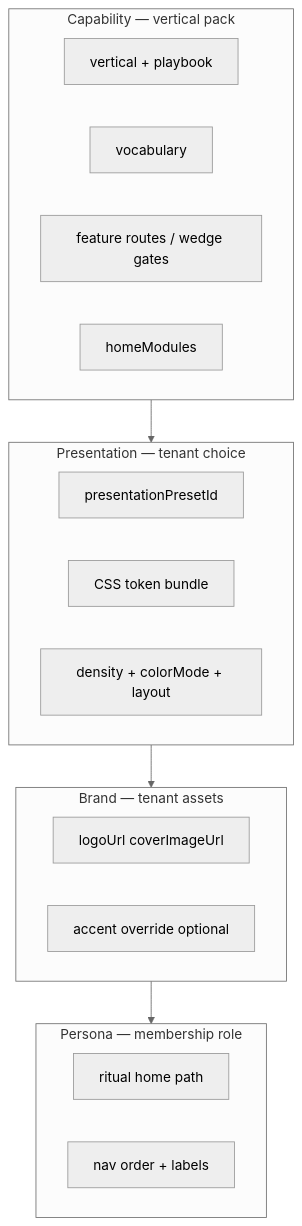
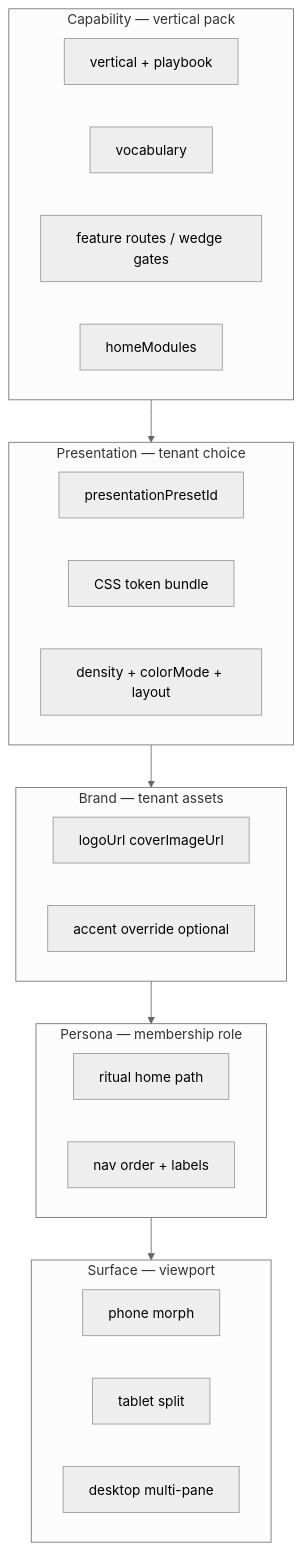
One commit to goldspireventures/livia changed the diagram in docs/design/PRESENTATION-PRESETS-AND-ROLLOUT.md. Above: the diagram before and after it, drawn with Mermaid (neutral theme). The commit also changed other lines of this file and 27 other files, not shown here.

First line of the commit message:
Add experience architecture program and presentation preset catalog (D0).

````diff
--- a/docs/design/PRESENTATION-PRESETS-AND-ROLLOUT.md
+++ b/docs/design/PRESENTATION-PRESETS-AND-ROLLOUT.md
@@ -29,29 +32,36 @@
 ```mermaid
 flowchart TB
   subgraph capability [Capability — vertical pack]
     VP[vertical + playbook]
     VOC[vocabulary]
     ROUTES[feature routes / wedge gates]
     MODS[homeModules]
   end
 
   subgraph presentation [Presentation — tenant choice]
     PRE[presentationPresetId]
     TOK[CSS token bundle]
     DEN[density + colorMode + layout]
   end
 
   subgraph brand [Brand — tenant assets]
     LOGO[logoUrl coverImageUrl]
     ACC[accent override optional]
   end
 
   subgraph persona [Persona — membership role]
     HOME[ritual home path]
     NAV[nav order + labels]
   end
 
+  subgraph surface [Surface — viewport]
+    PH[phone morph]
+    TAB[tablet split]
+    DESK[desktop multi-pane]
+  end
+
   capability --> presentation
   presentation --> brand
   brand --> persona
+  persona --> surface
 ```
````
